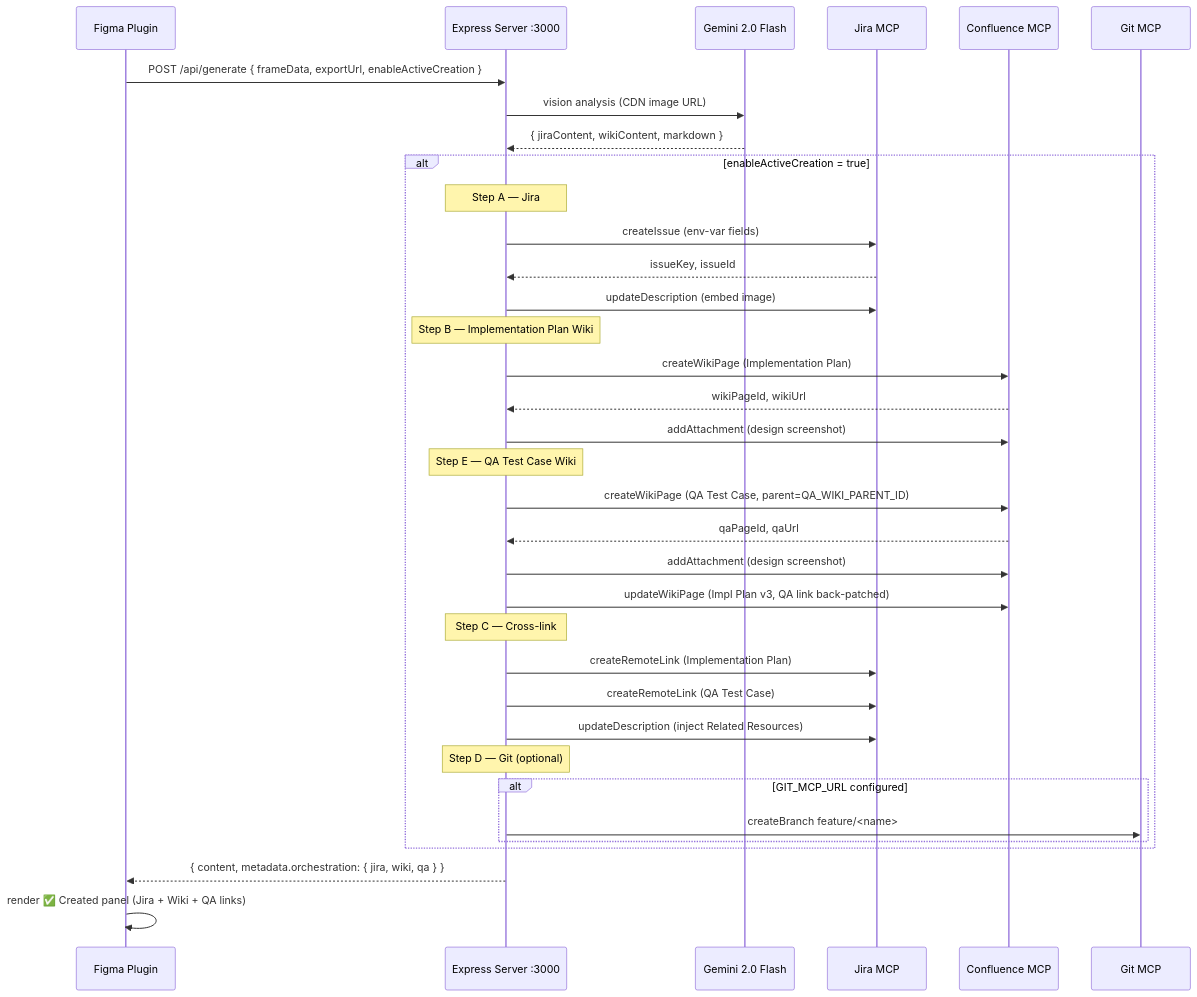
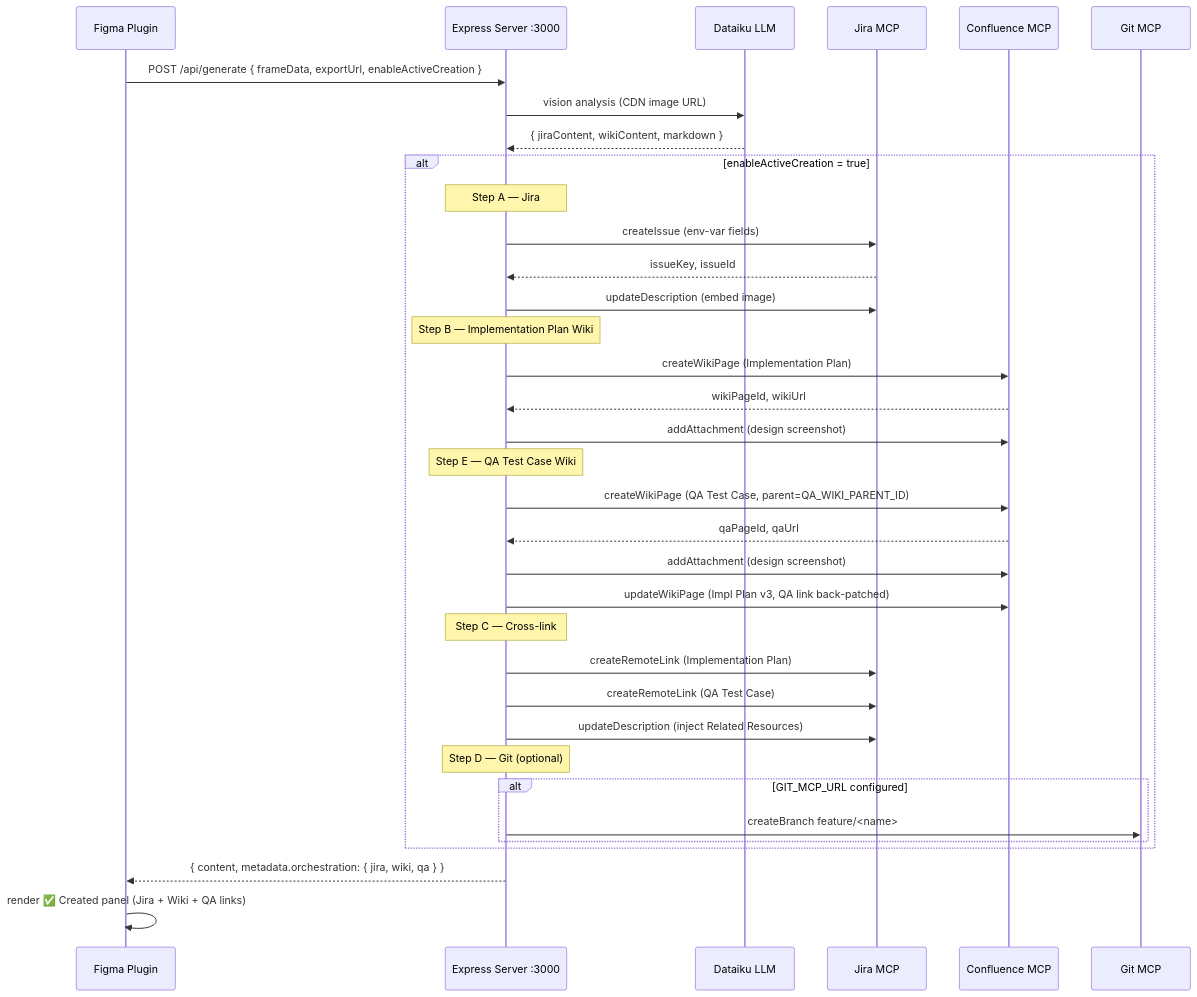
The first of 2 diagrams in docs/architecture/ARCHITECTURE.md (smithdavedesign/Figma-Jira-Ticket-Automation-Tool), drawn with Mermaid before and after one commit. The commit also changed other lines of this file and 15 other files, not shown here.

````diff
--- a/docs/architecture/ARCHITECTURE.md
+++ b/docs/architecture/ARCHITECTURE.md
@@ -154,44 +154,44 @@
 ```mermaid
 sequenceDiagram
     participant FP as Figma Plugin
     participant SRV as Express Server :3000
-    participant GEM as Gemini 2.0 Flash
+    participant GEM as Dataiku LLM
     participant JIRA as Jira MCP
     participant CONF as Confluence MCP
     participant GIT as Git MCP
 
     FP->>SRV: POST /api/generate { frameData, exportUrl, enableActiveCreation }
     SRV->>GEM: vision analysis (CDN image URL)
     GEM-->>SRV: { jiraContent, wikiContent, markdown }
 
     alt enableActiveCreation = true
         Note over SRV: Step A — Jira
         SRV->>JIRA: createIssue (env-var fields)
         JIRA-->>SRV: issueKey, issueId
         SRV->>JIRA: updateDescription (embed image)
 
         Note over SRV: Step B — Implementation Plan Wiki
         SRV->>CONF: createWikiPage (Implementation Plan)
         CONF-->>SRV: wikiPageId, wikiUrl
         SRV->>CONF: addAttachment (design screenshot)
 
         Note over SRV: Step E — QA Test Case Wiki
         SRV->>CONF: createWikiPage (QA Test Case, parent=QA_WIKI_PARENT_ID)
         CONF-->>SRV: qaPageId, qaUrl
         SRV->>CONF: addAttachment (design screenshot)
         SRV->>CONF: updateWikiPage (Impl Plan v3, QA link back-patched)
 
         Note over SRV: Step C — Cross-link
         SRV->>JIRA: createRemoteLink (Implementation Plan)
         SRV->>JIRA: createRemoteLink (QA Test Case)
         SRV->>JIRA: updateDescription (inject Related Resources)
 
         Note over SRV: Step D — Git (optional)
         alt GIT_MCP_URL configured
             SRV->>GIT: createBranch feature/<name>
         end
     end
 
     SRV-->>FP: { content, metadata.orchestration: { jira, wiki, qa } }
     FP->>FP: render ✅ Created panel (Jira + Wiki + QA links)
 ```
````
